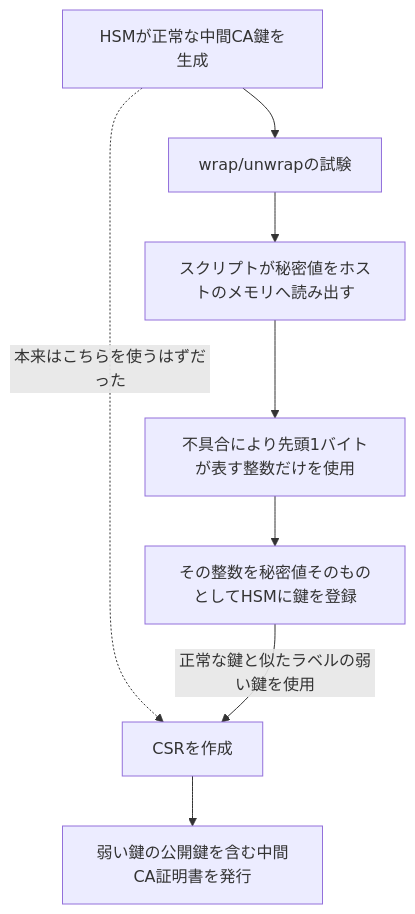
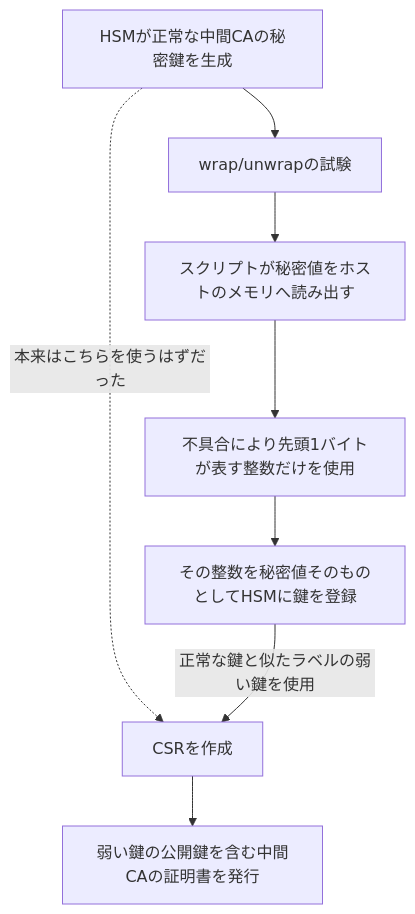
The first of 10 diagrams in docs/security/20261113-tls-pki-emudhra.md (aurora1530/learning-materials), drawn with Mermaid before and after one commit. The commit also changed other lines of this file, not shown here.

````diff
--- a/docs/security/20261113-tls-pki-emudhra.md
+++ b/docs/security/20261113-tls-pki-emudhra.md
@@ -27,10 +27,10 @@
 ```mermaid
 flowchart TD
-    A["HSMが正常な中間CA鍵を生成"] --> B["wrap/unwrapの試験"]
+    A["HSMが正常な中間CAの秘密鍵を生成"] --> B["wrap/unwrapの試験"]
     B --> C["スクリプトが秘密値をホストのメモリへ読み出す"]
     C --> D["不具合により先頭1バイトが表す整数だけを使用"]
     D --> E["その整数を秘密値そのものとしてHSMに鍵を登録"]
     A -. "本来はこちらを使うはずだった" .-> F["CSRを作成"]
     E -->|正常な鍵と似たラベルの弱い鍵を使用| F
-    F --> G["弱い鍵の公開鍵を含む中間CA証明書を発行"]
+    F --> G["弱い鍵の公開鍵を含む中間CAの証明書を発行"]
 ```
````
